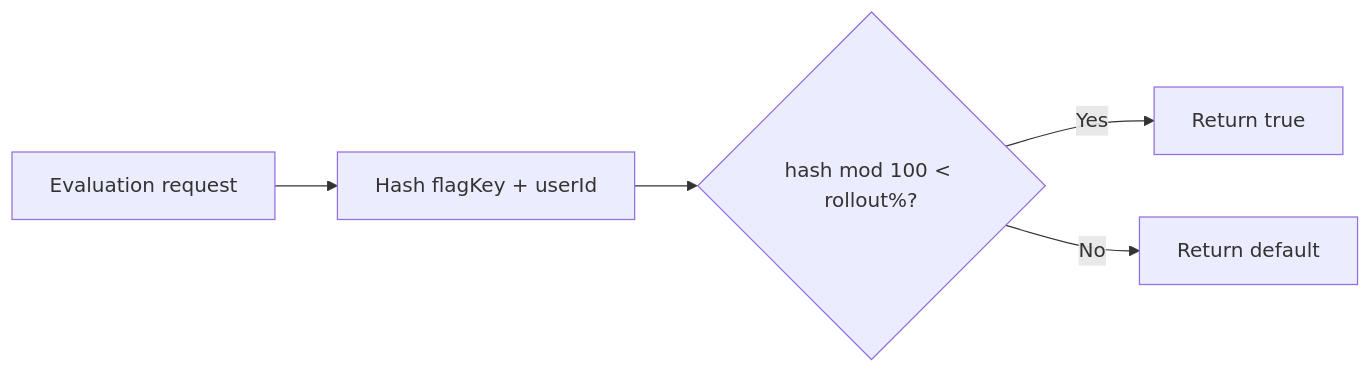
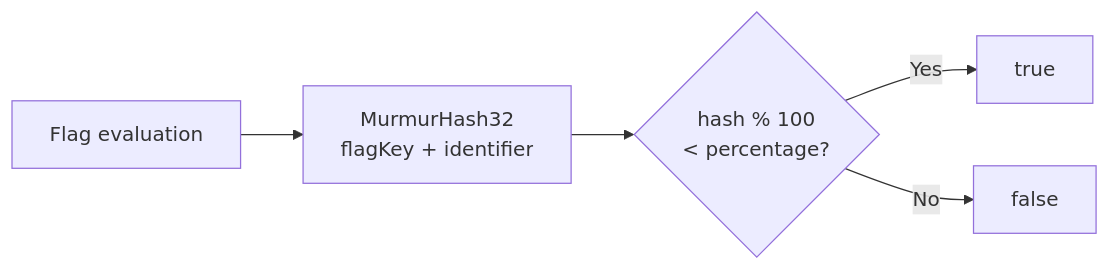
One commit to edgar-dev20/mozhno changed the first of 3 diagrams in docs/en/guide/rollout.md. Above: the diagram before and after it, drawn with Mermaid. The commit also changed other lines of this file and 1 other file, not shown here.

Commit message:
docs: rewrite rollout, targeting, flags-workflow — fix evaluation logic errors, sync EN with RU

````diff
--- a/docs/en/guide/rollout.md
+++ b/docs/en/guide/rollout.md
@@ -16,7 +20,7 @@
 ```mermaid
-flowchart LR
-    Eval[Evaluation request] --> Hash[Hash flagKey + userId]
-    Hash --> Bucket{hash mod 100 < rollout%?}
-    Bucket -->|Yes| ReturnTrue[Return true]
-    Bucket -->|No| ReturnDefault[Return default]
+graph LR
+    Eval[Flag evaluation] --> Hash[MurmurHash32<br/>flagKey + identifier]
+    Hash --> Bucket{hash % 100<br/>< percentage?}
+    Bucket -->|Yes| True[true]
+    Bucket -->|No| False[false]
 ```
````
